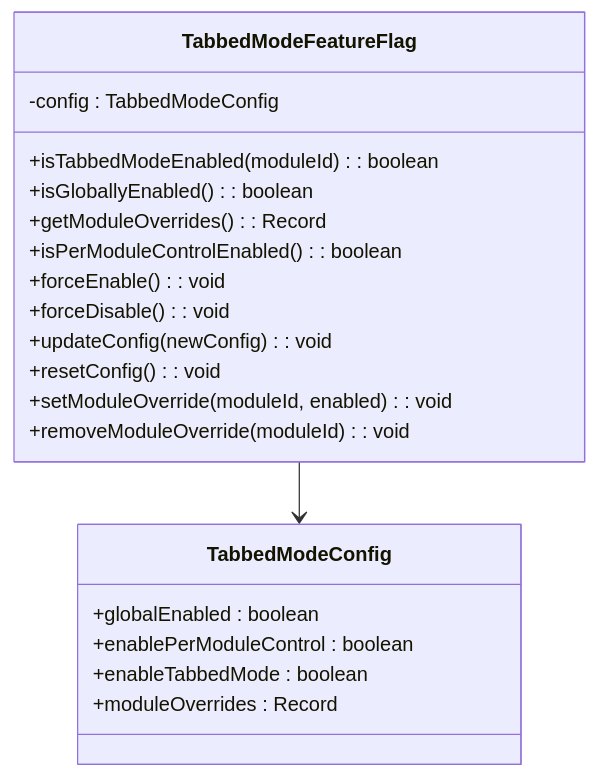
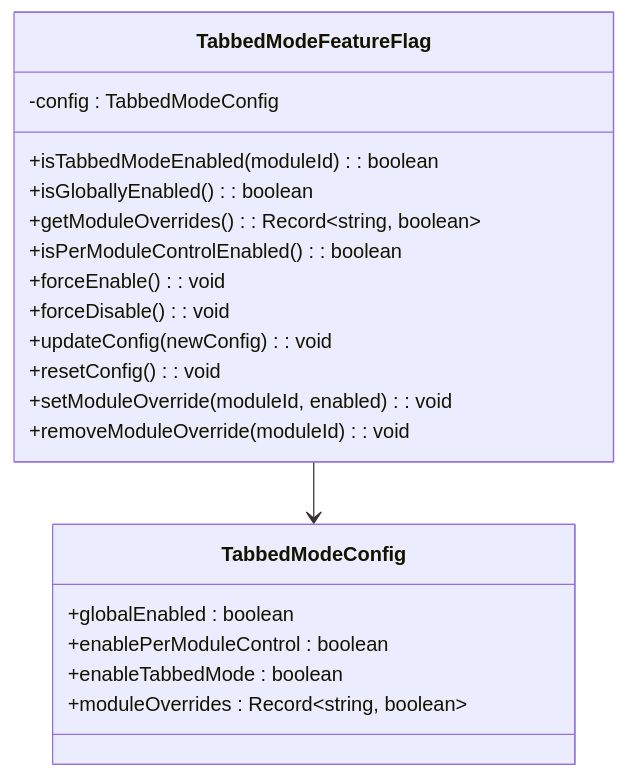
Diagram 14 of 23 in .qoder/repowiki/en/content/Core Systems/Configuration System/Configuration System.md (geniusdynamics/schoolpilot), drawn with Mermaid before and after one commit. The commit also changed other lines of this file and 8 other files, not shown here.

````diff
--- a/.qoder/repowiki/en/content/Core Systems/Configuration System/Configuration System.md
+++ b/.qoder/repowiki/en/content/Core Systems/Configuration System/Configuration System.md
@@ -703,23 +891,23 @@
 ```mermaid
 classDiagram
 class TabbedModeConfig {
 +globalEnabled : boolean
 +enablePerModuleControl : boolean
 +enableTabbedMode : boolean
-+moduleOverrides : Record<string, boolean>
++moduleOverrides : Record~string, boolean~
 }
 class TabbedModeFeatureFlag {
 -config : TabbedModeConfig
 +isTabbedModeEnabled(moduleId) : boolean
 +isGloballyEnabled() : boolean
-+getModuleOverrides() : Record<string, boolean>
++getModuleOverrides() : Record~string, boolean~
 +isPerModuleControlEnabled() : boolean
 +forceEnable() : void
 +forceDisable() : void
 +updateConfig(newConfig) : void
 +resetConfig() : void
 +setModuleOverride(moduleId, enabled) : void
 +removeModuleOverride(moduleId) : void
 }
 TabbedModeFeatureFlag --> TabbedModeConfig
 ```
````
